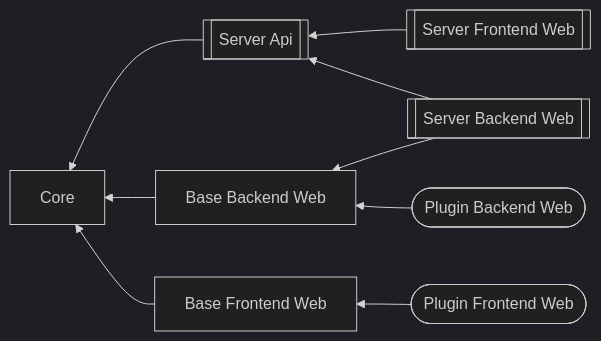
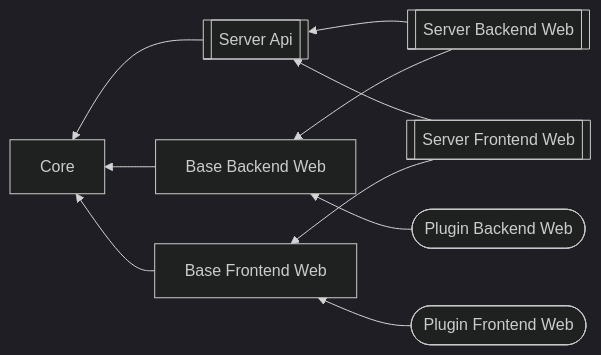
One commit to CompleteInformation/Core changed the diagram in README.md. Above: the diagram before and after it, drawn with Mermaid (dark theme). The commit also changed 4 other files, not shown here.

````diff
--- a/README.md
+++ b/README.md
@@ -8,20 +8,21 @@
 ```mermaid
 graph RL;
     C[Core]
     BBW[Base Backend Web]
     BFW[Base Frontend Web]
     SA[[Server Api]]
     SBW[[Server Backend Web]]
     SFW[[Server Frontend Web]]
     PFW([Plugin Frontend Web])
     PBW([Plugin Backend Web])
 
     SA --> C
+    BBW --> C
+    BFW --> C
     SFW --> SA
     SBW --> SA
-    BBW --> C
-    BFW --> C
+    SFW --> BFW
     SBW --> BBW
     PFW --> BFW
     PBW --> BBW
 ```
````
